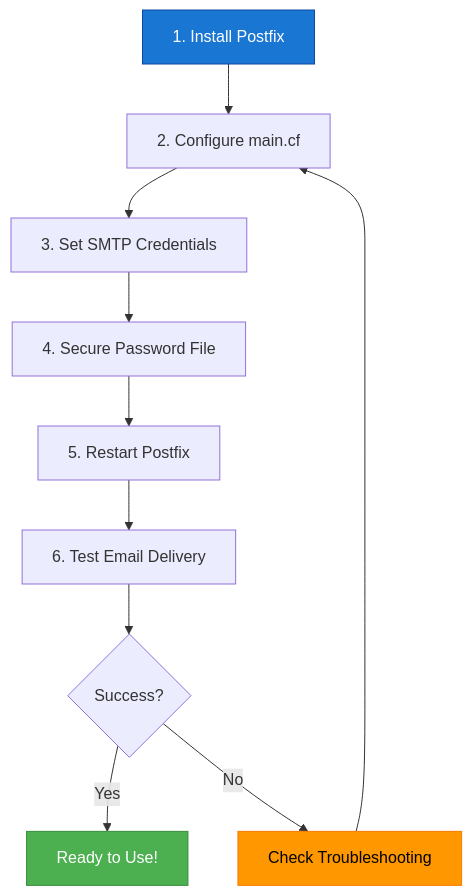
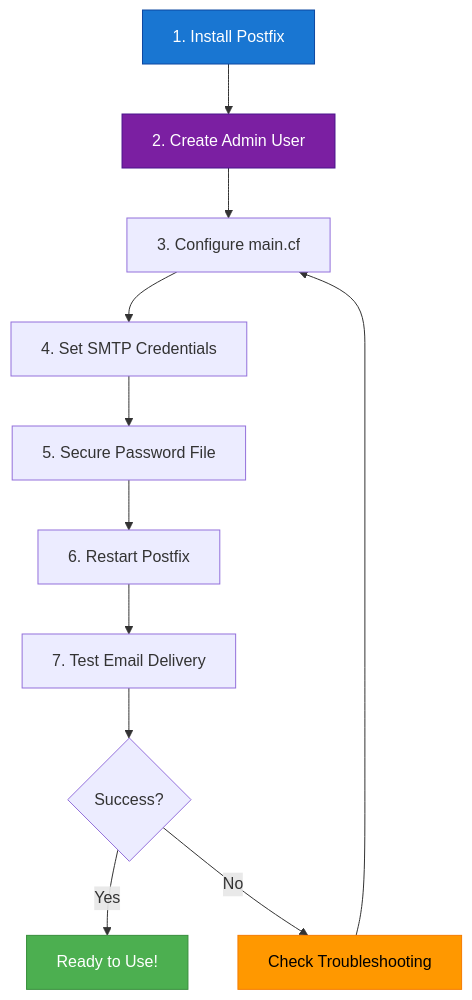
Before and after one commit to Buddhika-Kuruppu/postfix-smtp-relay: the third of 4 diagrams in README.md, drawn with Mermaid. The commit also changed other lines of this file and 1 other file, not shown here.

````diff
--- a/README.md
+++ b/README.md
@@ -62,16 +62,18 @@
 ```mermaid
 flowchart TD
-    A[1. Install Postfix] --> B[2. Configure main.cf]
-    B --> C[3. Set SMTP Credentials]
-    C --> D[4. Secure Password File]
-    D --> E[5. Restart Postfix]
-    E --> F[6. Test Email Delivery]
+    A[1. Install Postfix] --> A2[2. Create Admin User]
+    A2 --> B[3. Configure main.cf]
+    B --> C[4. Set SMTP Credentials]
+    C --> D[5. Secure Password File]
+    D --> E[6. Restart Postfix]
+    E --> F[7. Test Email Delivery]
     F --> G{Success?}
     G -->|Yes| H[Ready to Use!]
     G -->|No| I[Check Troubleshooting]
     I --> B
 
     style A fill:#1976d2,stroke:#0d47a1,color:#fff
+    style A2 fill:#7b1fa2,stroke:#4a148c,color:#fff
     style H fill:#4caf50,stroke:#388e3c,color:#fff
     style I fill:#ff9800,stroke:#f57c00,color:#000
 ```
````
